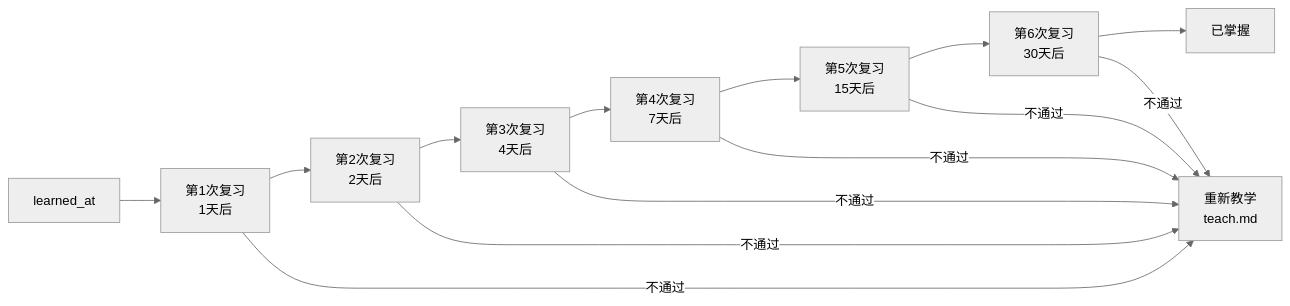
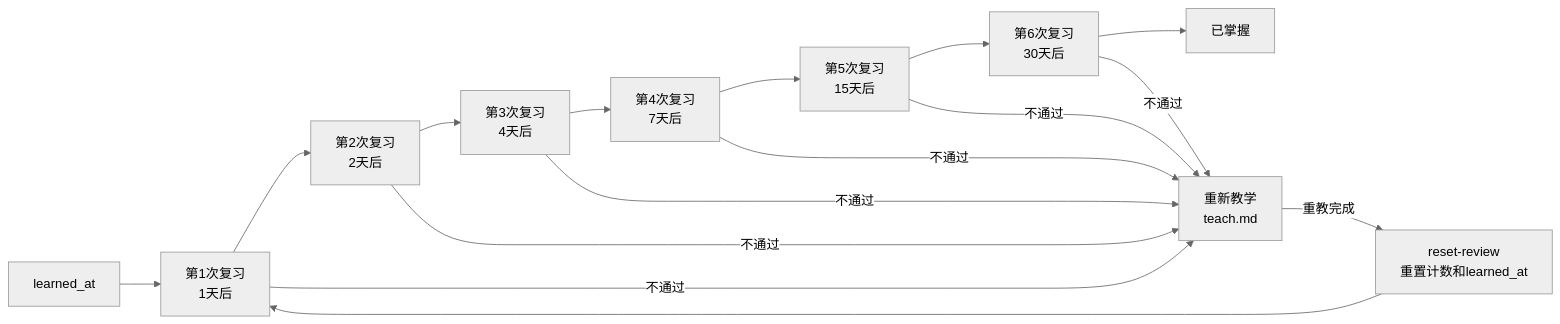
Before and after one commit to JuwayD/knowledge-system: the sixth of 8 diagrams in FLOWCHART.md, drawn with Mermaid (neutral theme). The commit also changed other lines of this file and 4 other files, not shown here.

Commit message:
文档同步更新: FLOWCHART/README/CHANGELOG/SKILL/schedule 对齐生命周期改动

````diff
--- a/FLOWCHART.md
+++ b/FLOWCHART.md
@@ -190,12 +198,14 @@
 ```mermaid
 flowchart LR
     LEARN[learned_at] --> R1["第1次复习<br/>1天后"]
     R1 --> R2["第2次复习<br/>2天后"]
     R2 --> R3["第3次复习<br/>4天后"]
     R3 --> R4["第4次复习<br/>7天后"]
     R4 --> R5["第5次复习<br/>15天后"]
     R5 --> R6["第6次复习<br/>30天后"]
     R6 --> MASTERED[已掌握]
 
     R1 & R2 & R3 & R4 & R5 & R6 -->|不通过| RETEACH[重新教学<br/>teach.md]
+    RETEACH -->|重教完成| RESET[reset-review<br/>重置计数和learned_at]
+    RESET --> R1
 ```
````
